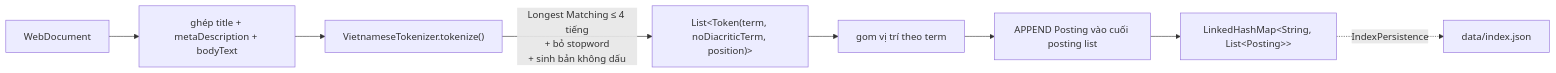
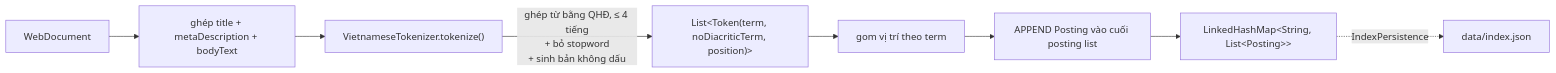
One commit to KietAnhCS/CocCoc-Plus changed the fourth of 7 diagrams in docs/ARCHITECTURE.md. Above: the diagram before and after it, drawn with Mermaid. The commit also changed other lines of this file, not shown here.

First line of the commit message:
docs: update architecture to match code

````diff
--- a/docs/ARCHITECTURE.md
+++ b/docs/ARCHITECTURE.md
@@ -330,10 +362,10 @@
 ```mermaid
 flowchart LR
     Doc[WebDocument] --> Join["ghép title + metaDescription + bodyText"]
     Join --> Tok["VietnameseTokenizer.tokenize()"]
-    Tok -->|"Longest Matching ≤ 4 tiếng<br/>+ bỏ stopword<br/>+ sinh bản không dấu"| Tokens["List&lt;Token(term, noDiacriticTerm, position)&gt;"]
+    Tok -->|"ghép từ bằng QHĐ, ≤ 4 tiếng<br/>+ bỏ stopword<br/>+ sinh bản không dấu"| Tokens["List&lt;Token(term, noDiacriticTerm, position)&gt;"]
     Tokens --> Group["gom vị trí theo term"]
     Group --> Append["APPEND Posting vào cuối posting list"]
     Append --> Idx["LinkedHashMap&lt;String, List&lt;Posting&gt;&gt;"]
     Idx -.->|"IndexPersistence"| Json["data/index.json"]
 ```
````
